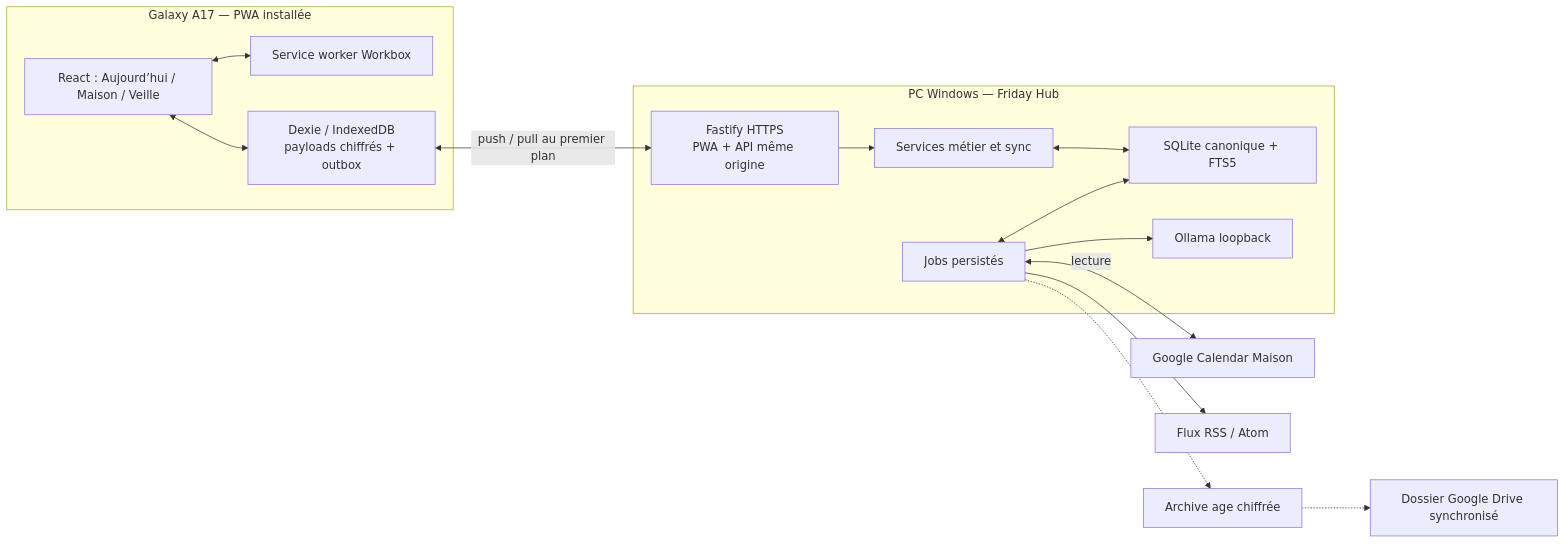
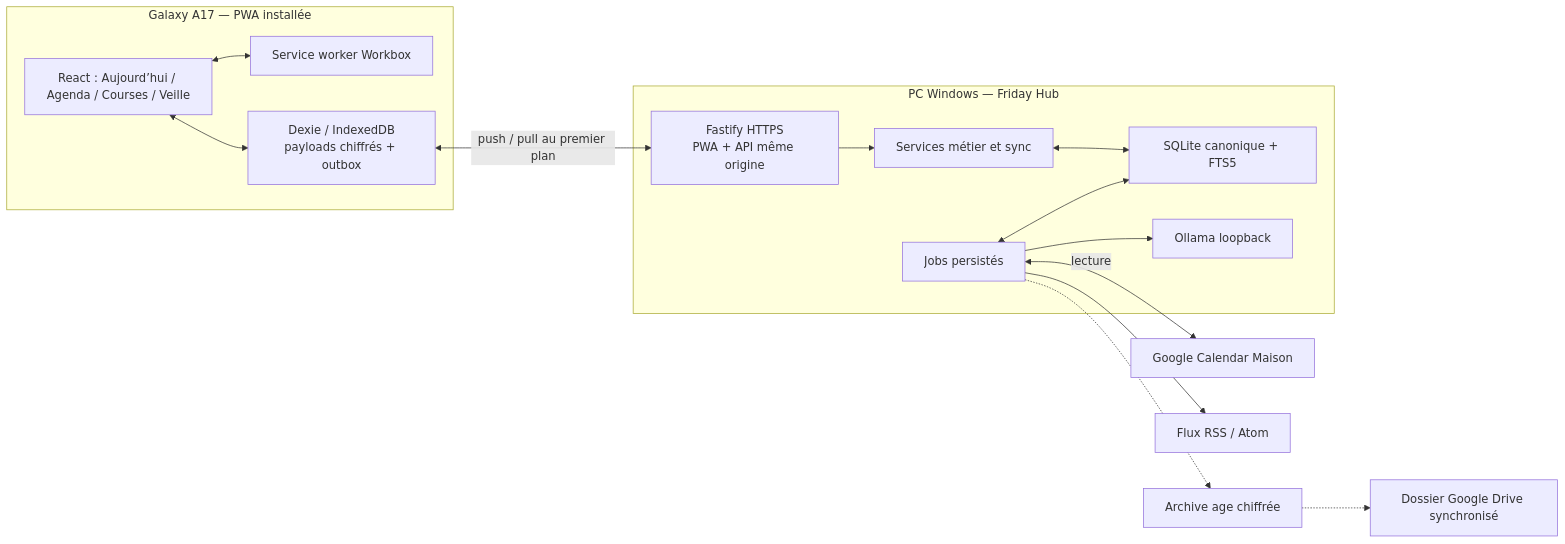
Before and after one commit to Sharpsou/friday: the first of 2 diagrams in docs/10-feuille-de-route-technique-implementation.md, drawn with Mermaid. The commit also changed other lines of this file and 62 other files, not shown here.

````diff
--- a/docs/10-feuille-de-route-technique-implementation.md
+++ b/docs/10-feuille-de-route-technique-implementation.md
@@ -141,28 +142,28 @@
 ```mermaid
 flowchart LR
     subgraph PHONE["Galaxy A17 — PWA installée"]
-        UI["React : Aujourd’hui / Maison / Veille"]
+        UI["React : Aujourd’hui / Agenda / Courses / Veille"]
         SW["Service worker Workbox"]
         IDB["Dexie / IndexedDB\npayloads chiffrés + outbox"]
         UI <--> IDB
         UI <--> SW
     end
 
     subgraph PC["PC Windows — Friday Hub"]
         API["Fastify HTTPS\nPWA + API même origine"]
         CORE["Services métier et sync"]
         DB["SQLite canonique + FTS5"]
         JOBS["Jobs persistés"]
         OLLAMA["Ollama loopback"]
         API --> CORE
         CORE <--> DB
         JOBS <--> DB
         JOBS --> OLLAMA
     end
 
     IDB <-->|"push / pull au premier plan"| API
     JOBS <-->|"lecture"| CAL["Google Calendar Maison"]
     JOBS --> RSS["Flux RSS / Atom"]
     JOBS -.-> AGE["Archive age chiffrée"]
     AGE -.-> DRIVE["Dossier Google Drive synchronisé"]
 ```
````
